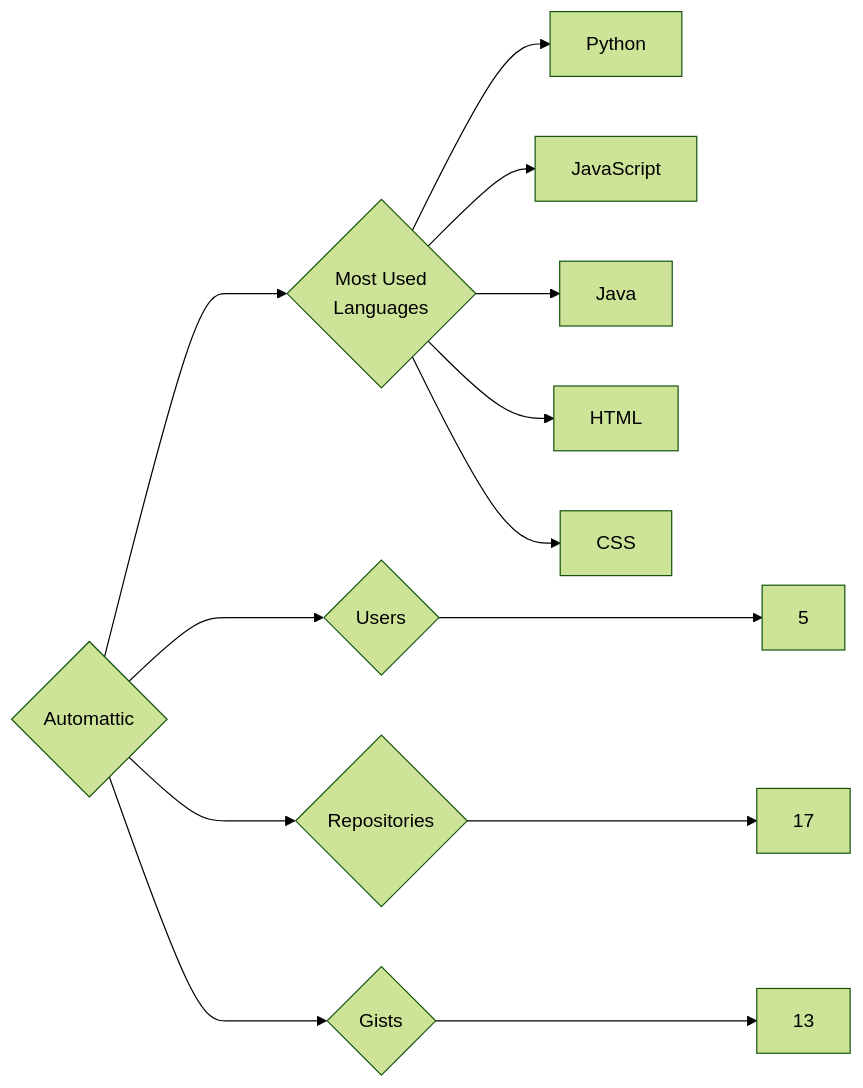
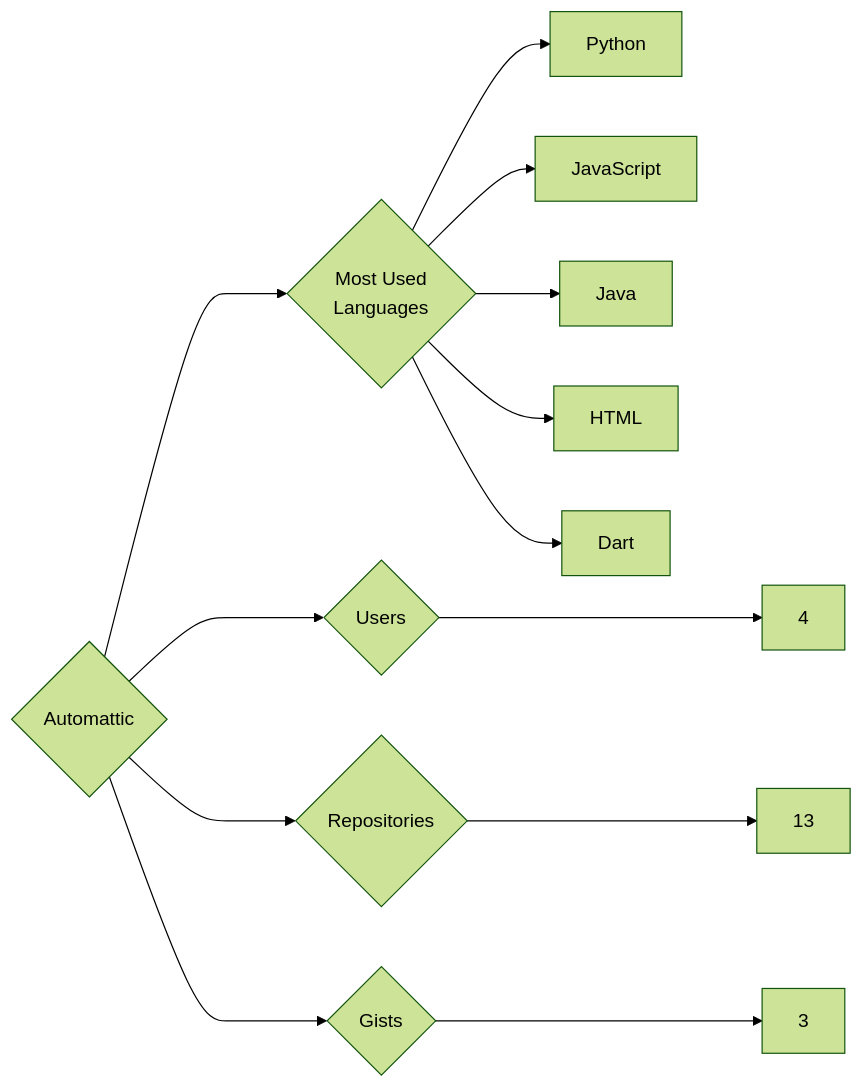
The diagram in targets/Automattic/README.md (trickest/insiders), drawn with Mermaid (forest theme) before and after one commit. The commit also changed 1141 other files, not shown here.

````diff
--- a/targets/Automattic/README.md
+++ b/targets/Automattic/README.md
@@ -3,13 +3,13 @@
 ```mermaid
 graph LR
 COMPANY_NAME{Automattic}
-COMPANY_NAME ---> U{Users} ---> UN[5]
-COMPANY_NAME ---> R{Repositories} ---> RN[17]
-COMPANY_NAME ---> G{Gists} ---> GN[13]
+COMPANY_NAME ---> U{Users} ---> UN[4]
+COMPANY_NAME ---> R{Repositories} ---> RN[13]
+COMPANY_NAME ---> G{Gists} ---> GN[3]
 COMPANY_NAME ---> ML{Most Used<br>Languages}
 ML --> Python[Python]
 ML --> JavaScript[JavaScript]
 ML --> Java[Java]
 ML --> HTML[HTML]
-ML --> CSS[CSS]
+ML --> Dart[Dart]
 ```
````
